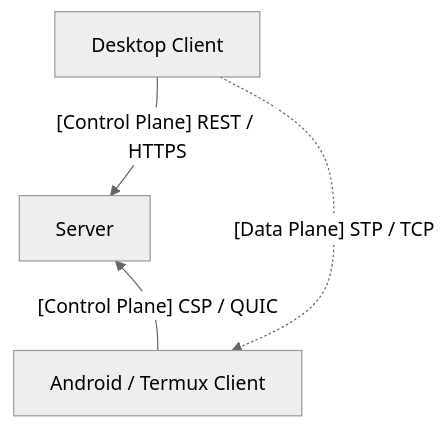
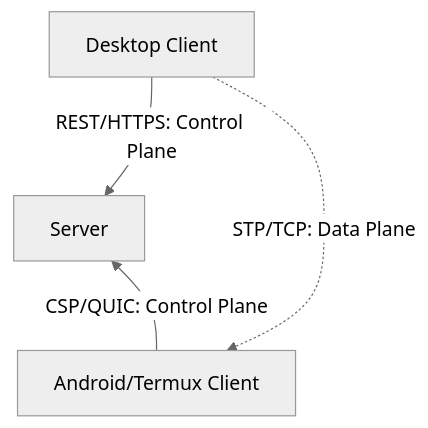
One commit to Sundsturm/EL4041_Server-Client-Application changed the diagram in README.md. Above: the diagram before and after it, drawn with Mermaid (neutral theme).

Commit message:
Fix formatting of description markdown file #4

````diff
--- a/README.md
+++ b/README.md
@@ -36,17 +36,17 @@
 ```mermaid
 graph TD
     %% Nodes
     DesktopClient["Desktop Client"]
     Server["Server"]
-    AndroidClient["Android / Termux Client"]
+    AndroidClient["Android/Termux Client"]
 
     %% Force vertical ranking
     DesktopClient ~~~ Server ~~~ AndroidClient
 
     %% Control Plane (Solid lines)
-    DesktopClient -->|"[Control Plane] REST / HTTPS"| Server
-    AndroidClient -->|"[Control Plane] CSP / QUIC"| Server
+    DesktopClient -->|"REST/HTTPS: Control Plane"| Server
+    AndroidClient -->|"CSP/QUIC: Control Plane"| Server
 
     %% Data Plane (Dotted line)
-    DesktopClient -.->|"[Data Plane] STP / TCP"| AndroidClient
+    DesktopClient -.->|"STP/TCP: Data Plane"| AndroidClient
 ```
````
